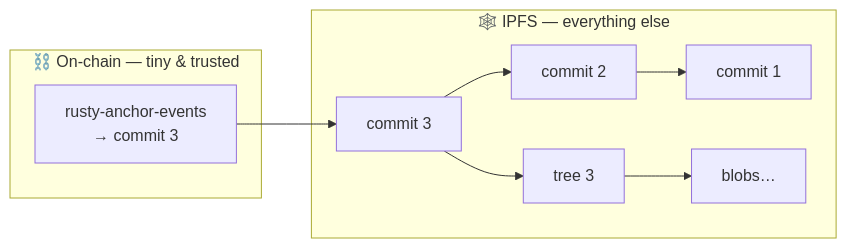
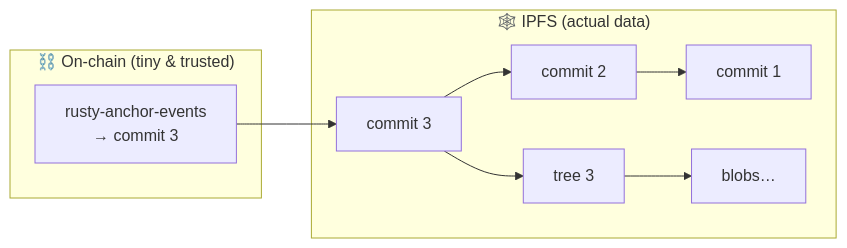
One commit to fangorn-network/fangorn changed the fifth of 11 diagrams in docs/PROTOCOL.md. Above: the diagram before and after it, drawn with Mermaid. The commit also changed other lines of this file and 28 other files, not shown here.

````diff
--- a/docs/PROTOCOL.md
+++ b/docs/PROTOCOL.md
@@ -145,11 +149,11 @@
 ```mermaid
 flowchart LR
-    subgraph chain["⛓️ On-chain — tiny & trusted"]
+    subgraph chain["⛓️ On-chain (tiny & trusted)"]
         REF["rusty-anchor-events<br/>→ commit 3"]
     end
-    subgraph ipfs["🕸️ IPFS — everything else"]
+    subgraph ipfs["🕸️ IPFS (actual data)"]
         C3["commit 3"] --> C2["commit 2"] --> C1["commit 1"]
         C3 --> T3["tree 3"] --> BLOBS["blobs…"]
     end
     REF --> C3
 ```
````
